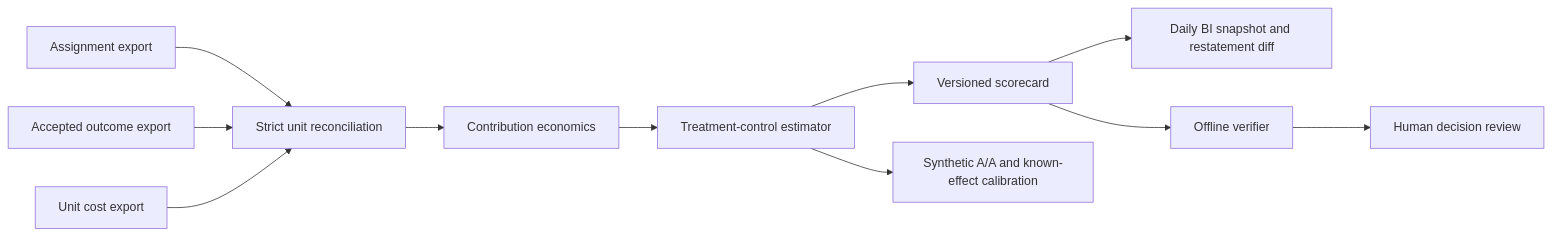
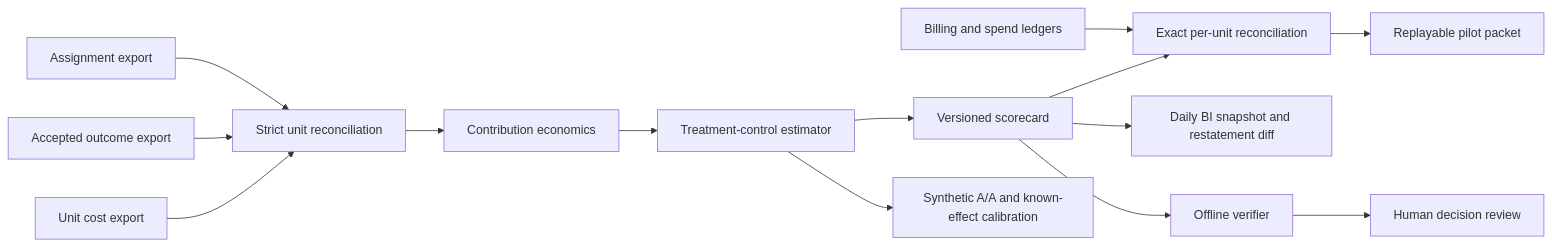
One commit to AAH20/growth-decision-engine changed the first of 2 diagrams in README.md. Above: the diagram before and after it, drawn with Mermaid. The commit also changed other lines of this file and 11 other files, not shown here.

Commit message:
Add read-only pilot ledger reconciliation and replay

````diff
--- a/README.md
+++ b/README.md
@@ -78,13 +80,15 @@
 ```mermaid
 flowchart LR
     A[Assignment export] --> R[Strict unit reconciliation]
     O[Accepted outcome export] --> R
     C[Unit cost export] --> R
+    L[Billing and spend ledgers] --> X[Exact per-unit reconciliation]
     R --> E[Contribution economics]
     E --> T[Treatment-control estimator]
     T --> S[Versioned scorecard]
+    S --> X --> PACK[Replayable pilot packet]
     T --> CAL[Synthetic A/A and known-effect calibration]
     S --> B[Daily BI snapshot and restatement diff]
     S --> V[Offline verifier]
     V --> H[Human decision review]
 ```
````
